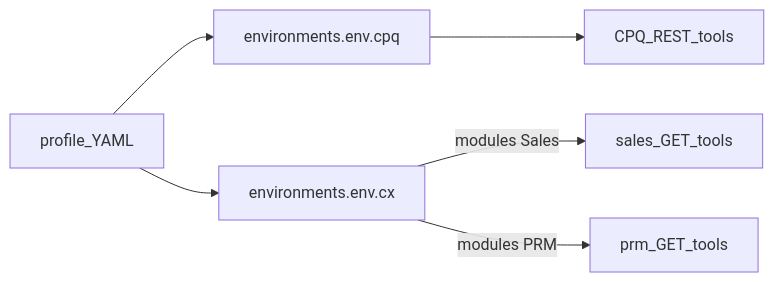
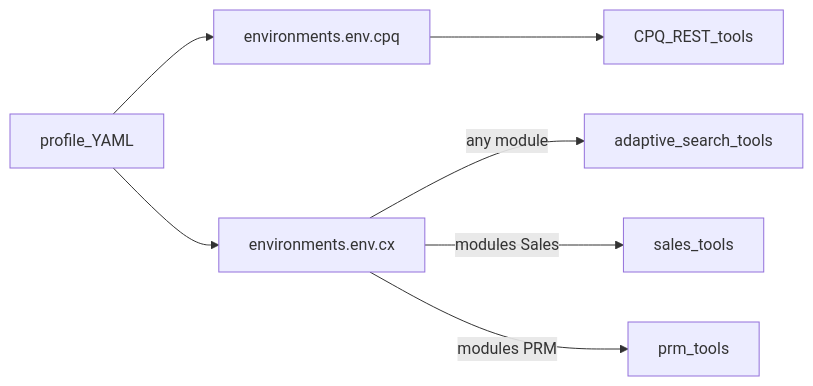
One commit to singhramandeep/oracleCPQMCP changed the second of 2 diagrams in docs/SETUP.md. Above: the diagram before and after it, drawn with Mermaid. The commit also changed other lines of this file and 34 other files, not shown here.

````diff
--- a/docs/SETUP.md
+++ b/docs/SETUP.md
@@ -153,11 +153,12 @@
 ```mermaid
 flowchart LR
   yaml[profile_YAML]
   cpqBlk[environments.env.cpq]
   cxBlk[environments.env.cx]
   yaml --> cpqBlk
   yaml --> cxBlk
   cpqBlk --> cpqTools[CPQ_REST_tools]
-  cxBlk -->|"modules Sales"| sales[sales_GET_tools]
-  cxBlk -->|"modules PRM"| prm[prm_GET_tools]
+  cxBlk -->|"any module"| asTools[adaptive_search_tools]
+  cxBlk -->|"modules Sales"| sales[sales_tools]
+  cxBlk -->|"modules PRM"| prm[prm_tools]
 ```
````
